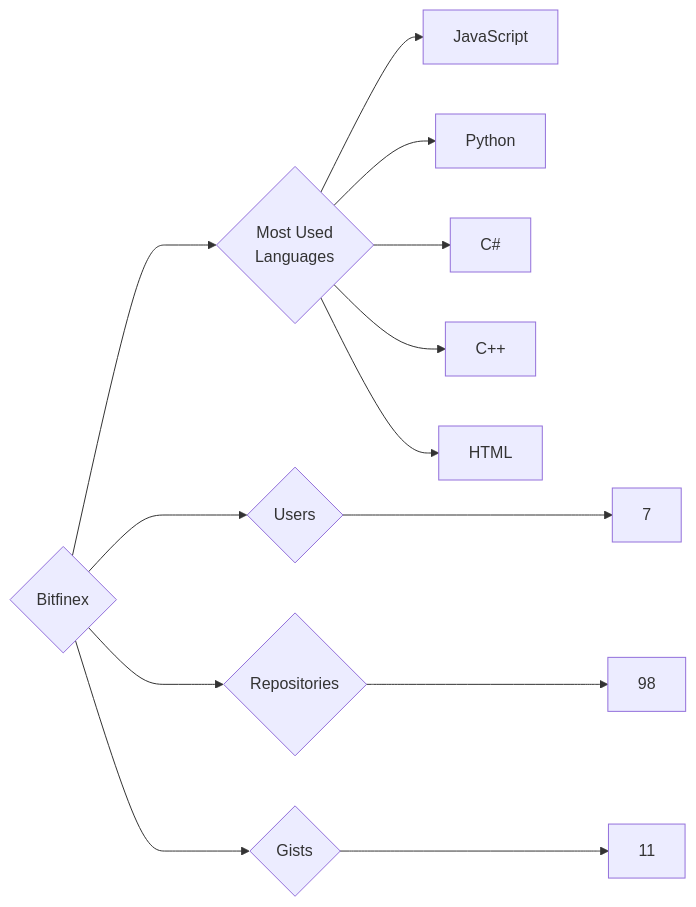
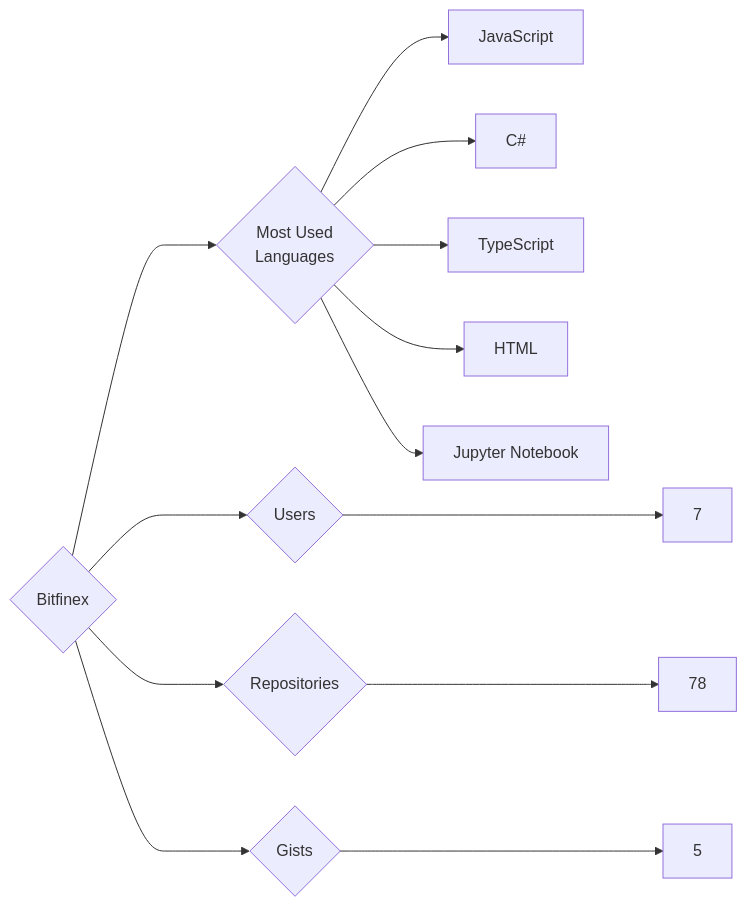
The diagram in targets/Bitfinex/README.md (trickest/insiders), drawn with Mermaid before and after one commit. The commit also changed 1149 other files, not shown here.

````diff
--- a/targets/Bitfinex/README.md
+++ b/targets/Bitfinex/README.md
@@ -3,13 +3,13 @@
 ```mermaid
 graph LR
 COMPANY_NAME{Bitfinex}
 COMPANY_NAME ---> U{Users} ---> UN[7]
-COMPANY_NAME ---> R{Repositories} ---> RN[98]
-COMPANY_NAME ---> G{Gists} ---> GN[11]
+COMPANY_NAME ---> R{Repositories} ---> RN[78]
+COMPANY_NAME ---> G{Gists} ---> GN[5]
 COMPANY_NAME ---> ML{Most Used<br>Languages}
 ML --> JavaScript[JavaScript]
-ML --> Python[Python]
 ML --> C#[C#]
-ML --> C++[C++]
+ML --> TypeScript[TypeScript]
 ML --> HTML[HTML]
+ML --> Jupyter_Notebook[Jupyter Notebook]
 ```
````
